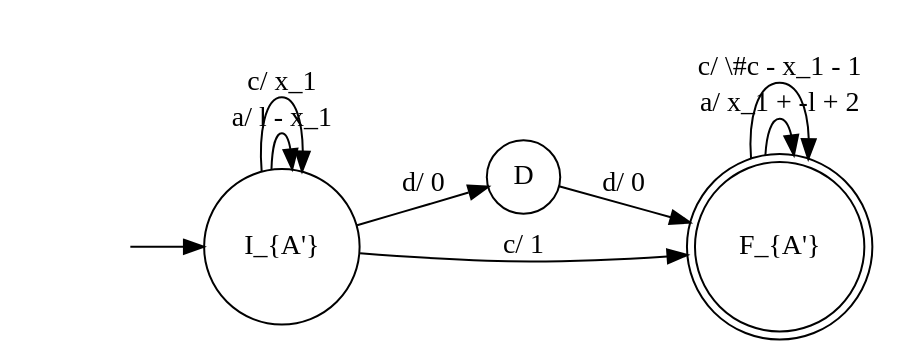
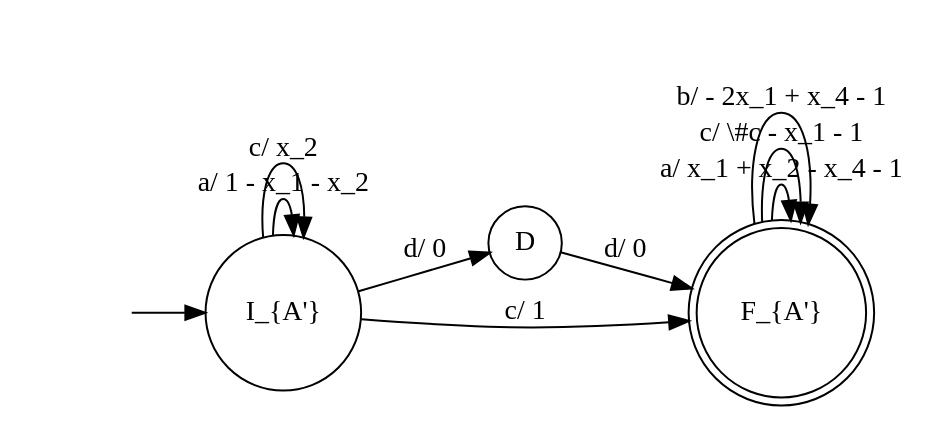
One commit to amandasystems/incremental-parikh-images changed the diagram in a_annotated.dot. Above: the diagram before and after it, drawn with Graphviz. The commit also changed 6 other files, not shown here.

```diff
--- a/a_annotated.dot
+++ b/a_annotated.dot
@@ -1,14 +1,15 @@
 digraph Automaton {rankdir = LR;
 initial [shape=plaintext,label=""];
 initial -> Ia;
 D [shape=circle,label="D"];
 D -> Fa [label="d/ 0"]
 Fa [shape=doublecircle,label="F_{A'}"];
-Fa -> Fa [label="a/ x_1 + -l + 2"]
+Fa -> Fa [label="a/ x_1 + x_2 - x_4 - 1"]
 Fa -> Fa [label="c/ \\#c - x_1 - 1"]
+Fa -> Fa [label="b/ - 2x_1 + x_4 - 1"]
 Ia [shape=circle,label="I_{A'}"];
-Ia -> Ia [label="a/ l - x_1"]
-Ia -> Ia [label="c/ x_1"]
+Ia -> Ia [label="a/ 1 - x_1 - x_2"]
+Ia -> Ia [label="c/ x_2"]
 Ia -> Fa [label="c/ 1"]
 Ia -> D [label="d/ 0"]
 }
```
